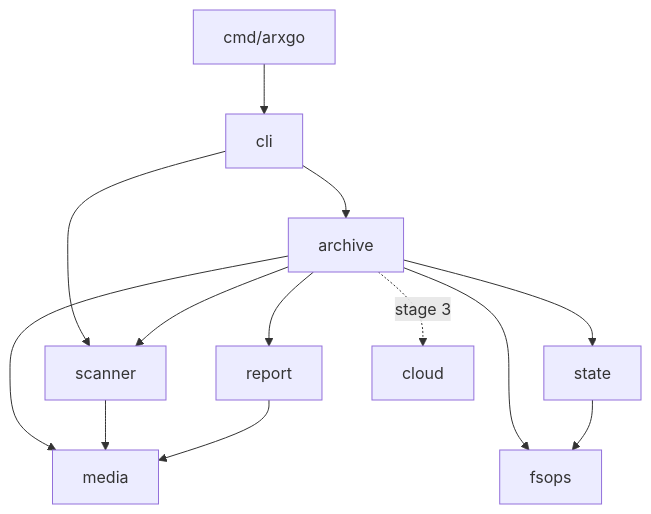
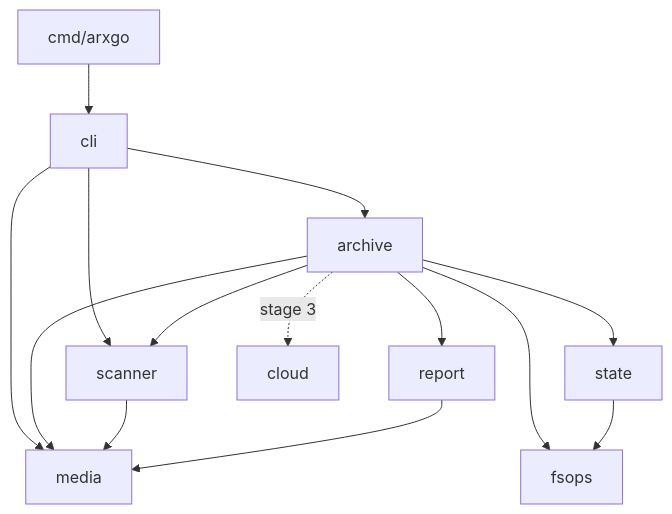
Before and after one commit to volod/arxiv-go: the first of 3 diagrams in docs/openspec/architecture.md, drawn with Mermaid. The commit also changed other lines of this file and 22 other files, not shown here.

````diff
--- a/docs/openspec/architecture.md
+++ b/docs/openspec/architecture.md
@@ -33,15 +33,16 @@
 ```mermaid
 flowchart TD
     main[cmd/arxgo] --> cli
     cli --> archive
     cli --> scanner
+    cli --> media
     archive --> scanner
     archive --> media
     archive --> state
     archive --> report
     archive --> fsops
     state --> fsops
     scanner --> media
     report --> media
     archive -. stage 3 .-> cloud
 ```
````
